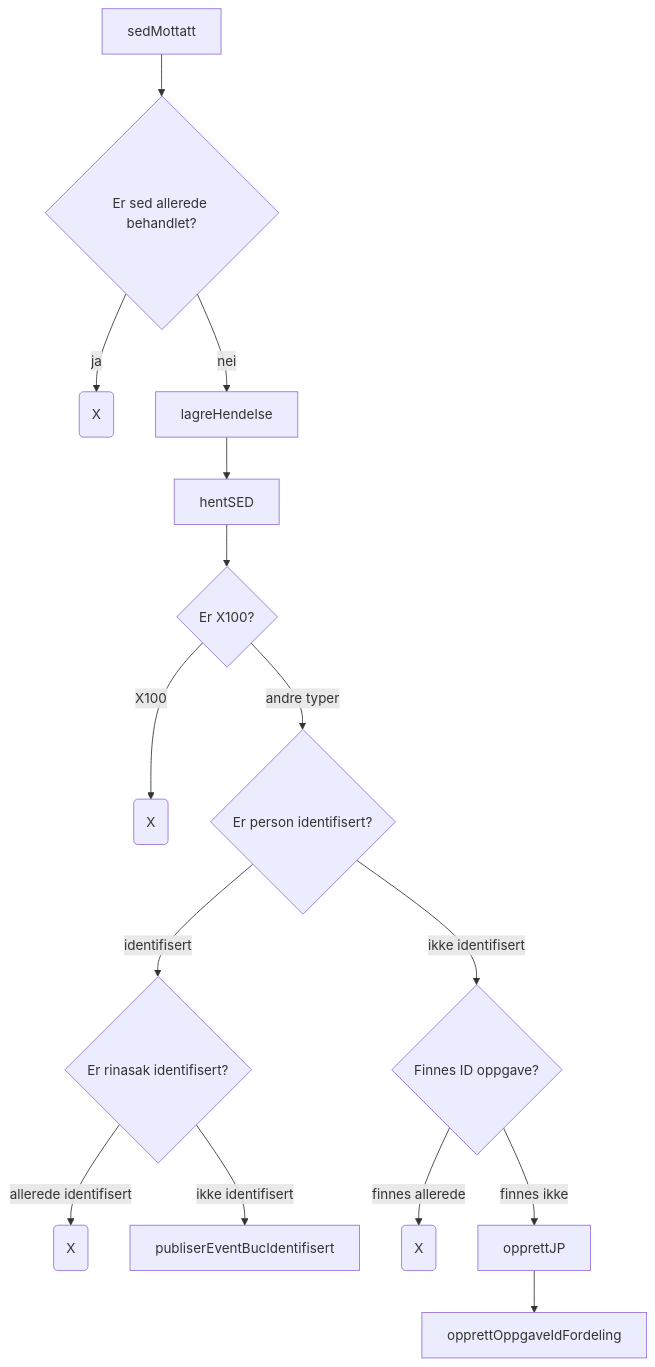
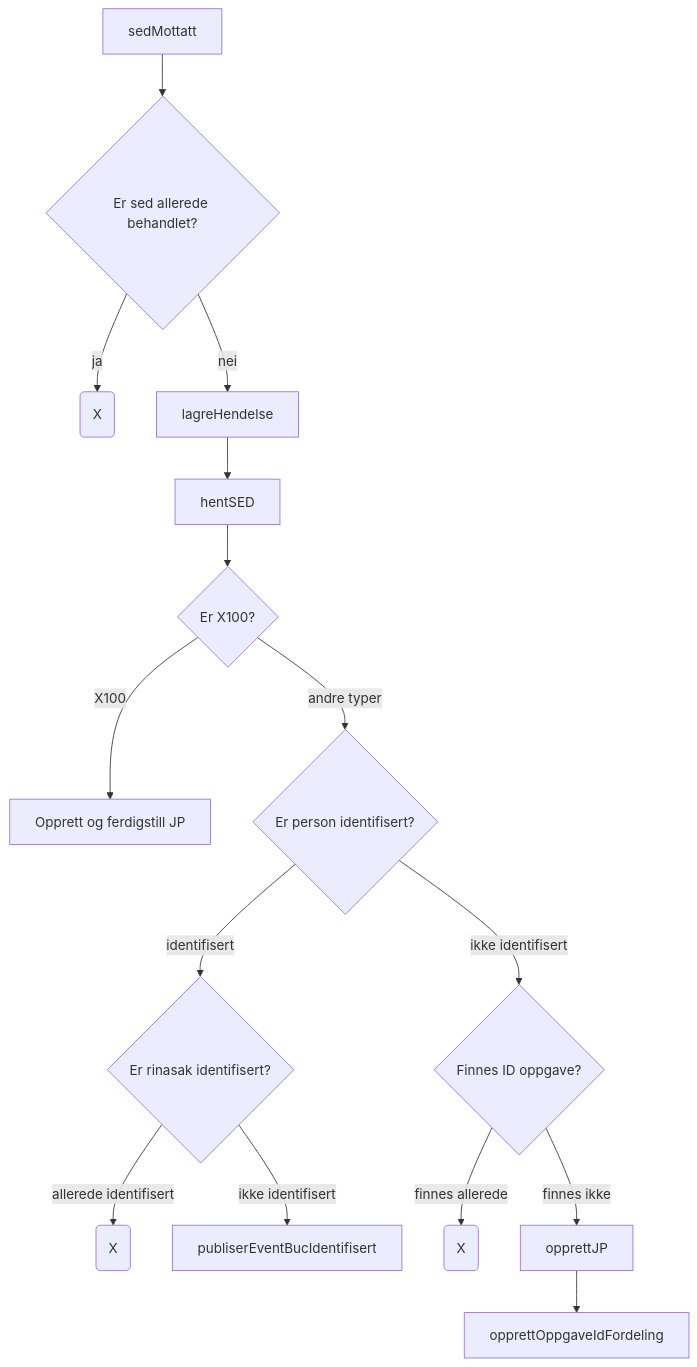
One commit to navikt/melosys-eessi changed the diagram in diagrammer/SedMottak.md. Above: the diagram before and after it, drawn with Mermaid. The commit also changed 7 other files, not shown here.

````diff
--- a/diagrammer/SedMottak.md
+++ b/diagrammer/SedMottak.md
@@ -2,20 +2,20 @@
 ```mermaid
 flowchart
     sedMottatt --> sedAlleredeBehandlet{Er sed allerede behandlet?}
     sedAlleredeBehandlet --ja--> allederedeBehandlet(X)
     sedAlleredeBehandlet --nei--> lagreHendelse
 
     lagreHendelse --> hentSED
     hentSED --> sedType{Er X100?}
-    sedType --X100--> sedErX100(X)
+    sedType --X100--> sedErX100[Opprett og ferdigstill JP]
     sedType --andre typer--> identifiserPerson{Er person identifisert?}
 
     identifiserPerson -- identifisert --> erRinasakIdentifisert{Er rinasak identifisert?}
     erRinasakIdentifisert --allerede identifisert--> rinasakIdentifisert(X)
     erRinasakIdentifisert --ikke identifisert--> publiserEventBucIdentifisert
 
     identifiserPerson --ikke identifisert--> finnesOppgaveAllerede{Finnes ID oppgave?}
     finnesOppgaveAllerede --finnes allerede--> oppgaveFinnesAllerede(X)
     finnesOppgaveAllerede --finnes ikke--> opprettJP
     opprettJP --> opprettOppgaveIdFordeling
 ```
````
